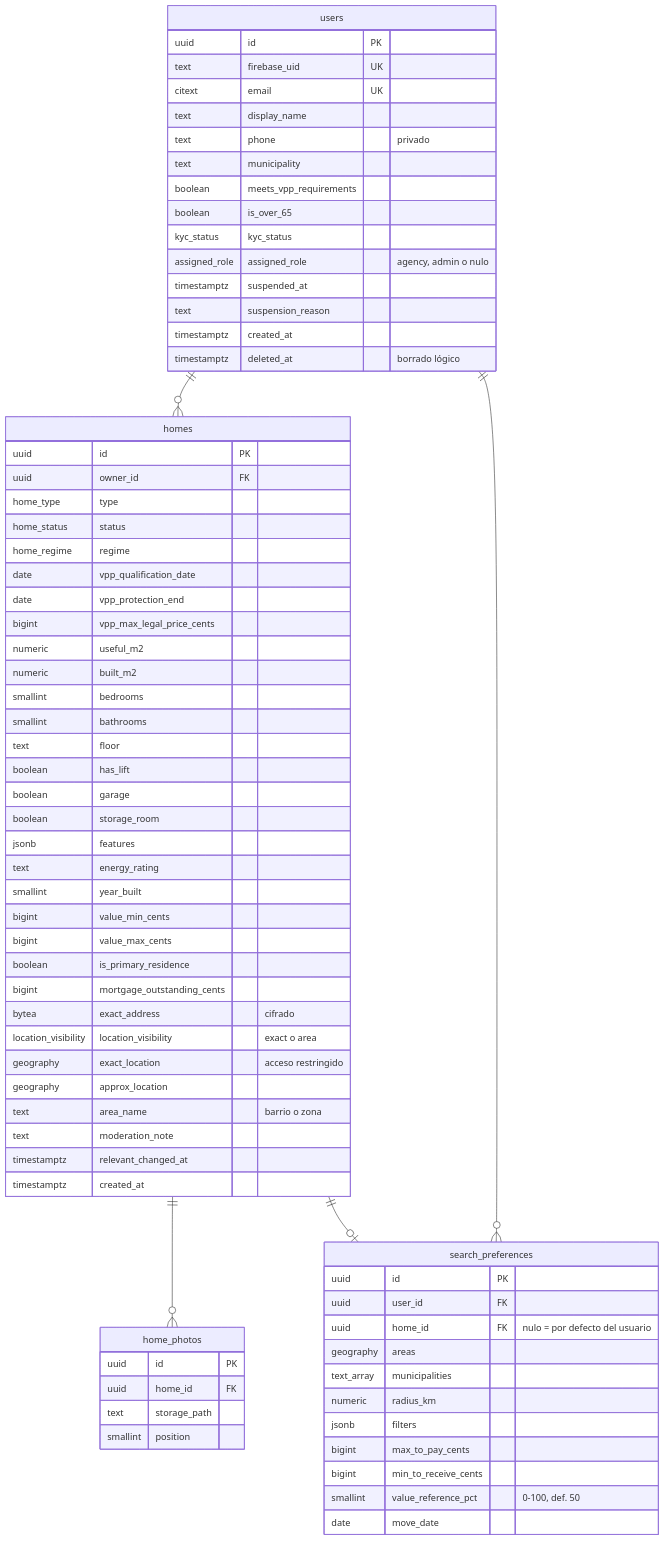
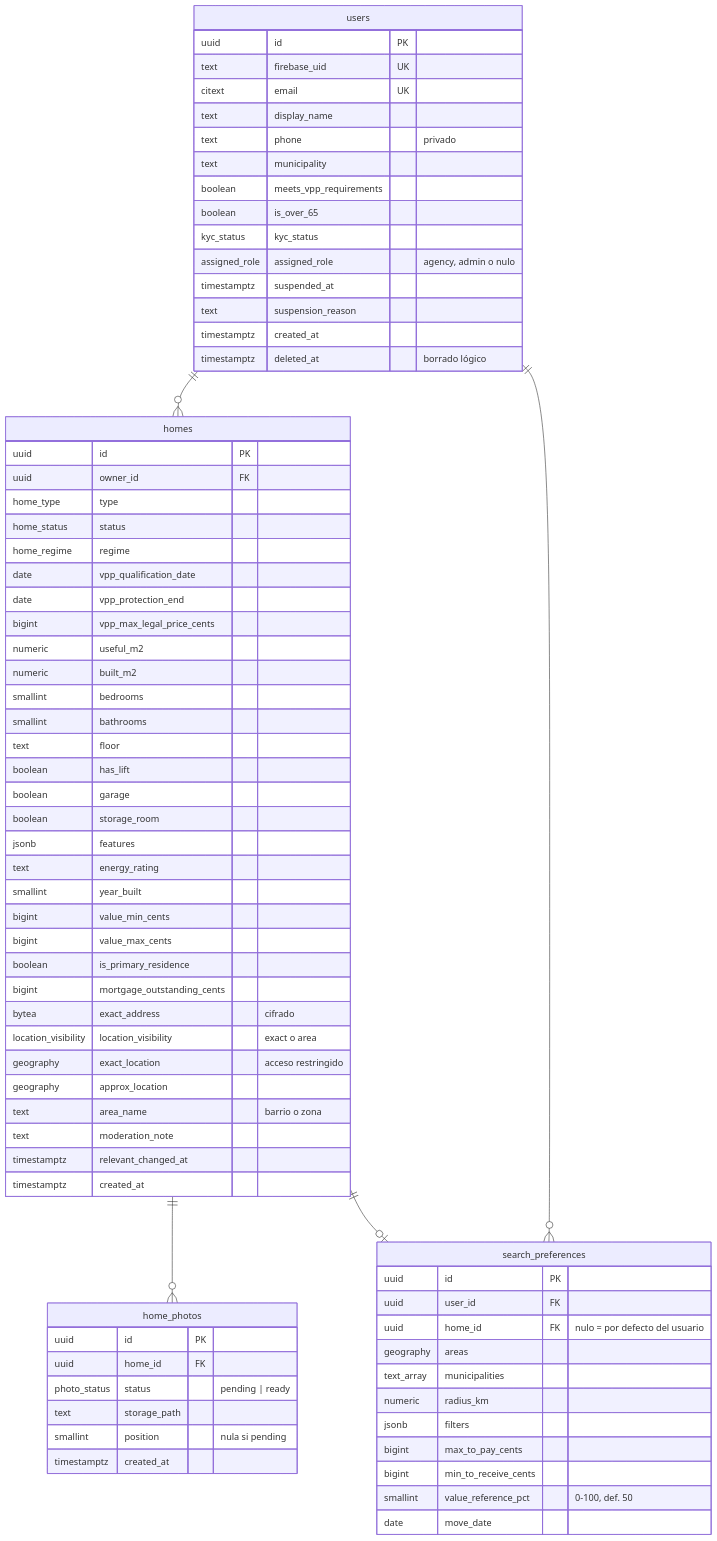
The second of 4 diagrams in docs/datamodel.md (lcasadov/ChangeHouse), drawn with Mermaid before and after one commit. The commit also changed other lines of this file and 62 other files, not shown here.

````diff
--- a/docs/datamodel.md
+++ b/docs/datamodel.md
@@ -44,75 +44,77 @@
 ```mermaid
 erDiagram
     users {
         uuid id PK
         text firebase_uid UK
         citext email UK
         text display_name
         text phone "privado"
         text municipality
         boolean meets_vpp_requirements
         boolean is_over_65
         kyc_status kyc_status
         assigned_role assigned_role "agency, admin o nulo"
         timestamptz suspended_at
         text suspension_reason
         timestamptz created_at
         timestamptz deleted_at "borrado lógico"
     }
     homes {
         uuid id PK
         uuid owner_id FK
         home_type type
         home_status status
         home_regime regime
         date vpp_qualification_date
         date vpp_protection_end
         bigint vpp_max_legal_price_cents
         numeric useful_m2
         numeric built_m2
         smallint bedrooms
         smallint bathrooms
         text floor
         boolean has_lift
         boolean garage
         boolean storage_room
         jsonb features
         text energy_rating
         smallint year_built
         bigint value_min_cents
         bigint value_max_cents
         boolean is_primary_residence
         bigint mortgage_outstanding_cents
         bytea exact_address "cifrado"
         location_visibility location_visibility "exact o area"
         geography exact_location "acceso restringido"
         geography approx_location
         text area_name "barrio o zona"
         text moderation_note
         timestamptz relevant_changed_at
         timestamptz created_at
     }
     home_photos {
         uuid id PK
         uuid home_id FK
+        photo_status status "pending | ready"
         text storage_path
-        smallint position
+        smallint position "nula si pending"
+        timestamptz created_at
     }
     search_preferences {
         uuid id PK
         uuid user_id FK
         uuid home_id FK "nulo = por defecto del usuario"
         geography areas
         text_array municipalities
         numeric radius_km
         jsonb filters
         bigint max_to_pay_cents
         bigint min_to_receive_cents
         smallint value_reference_pct "0-100, def. 50"
         date move_date
     }
     users ||--o{ homes : ""
     homes ||--o{ home_photos : ""
     users ||--o{ search_preferences : ""
     homes ||--o| search_preferences : ""
 ```
````
